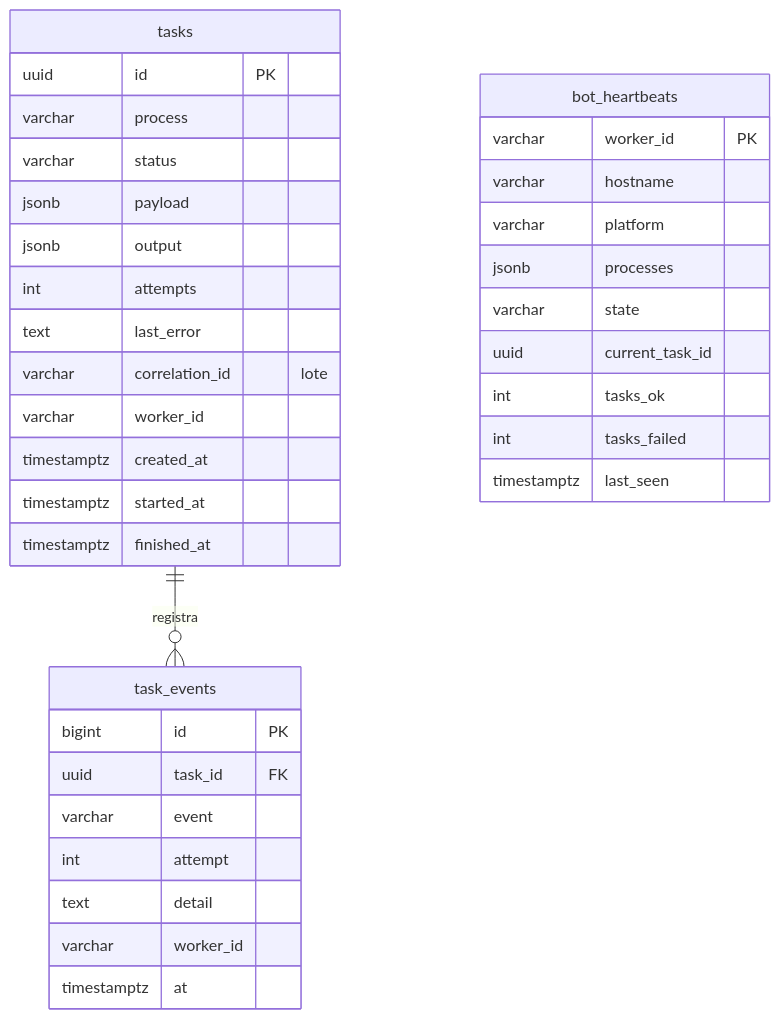
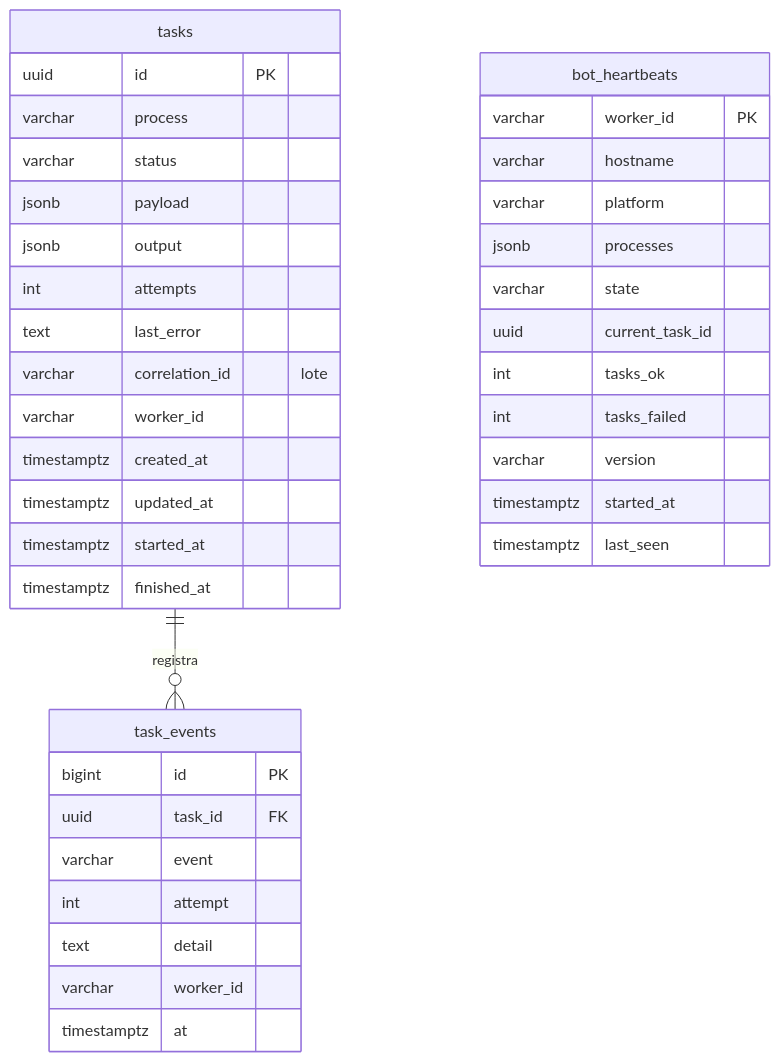
One commit to DarwinMontiel/colmena-rpa changed the fourth of 4 diagrams in docs/architecture.md. Above: the diagram before and after it, drawn with Mermaid. The commit also changed 9 other files, not shown here.

````diff
--- a/docs/architecture.md
+++ b/docs/architecture.md
@@ -145,38 +145,41 @@
 ```mermaid
 erDiagram
     tasks ||--o{ task_events : registra
     tasks {
         uuid id PK
         varchar process
         varchar status
         jsonb payload
         jsonb output
         int attempts
         text last_error
         varchar correlation_id "lote"
         varchar worker_id
         timestamptz created_at
+        timestamptz updated_at
         timestamptz started_at
         timestamptz finished_at
     }
     task_events {
         bigint id PK
         uuid task_id FK
         varchar event
         int attempt
         text detail
         varchar worker_id
         timestamptz at
     }
     bot_heartbeats {
         varchar worker_id PK
         varchar hostname
         varchar platform
         jsonb processes
         varchar state
         uuid current_task_id
         int tasks_ok
         int tasks_failed
+        varchar version
+        timestamptz started_at
         timestamptz last_seen
     }
 ```
````
